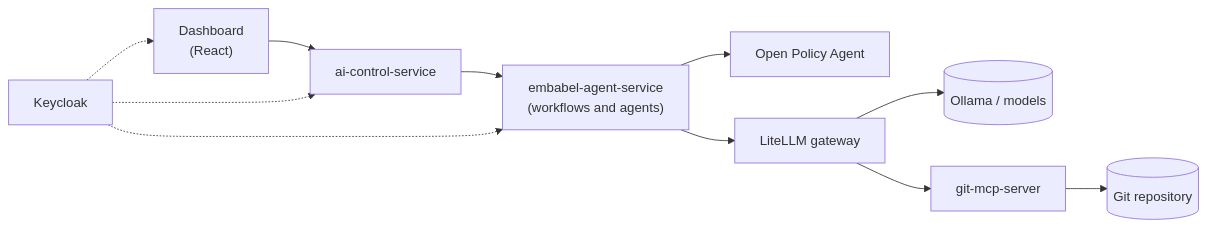
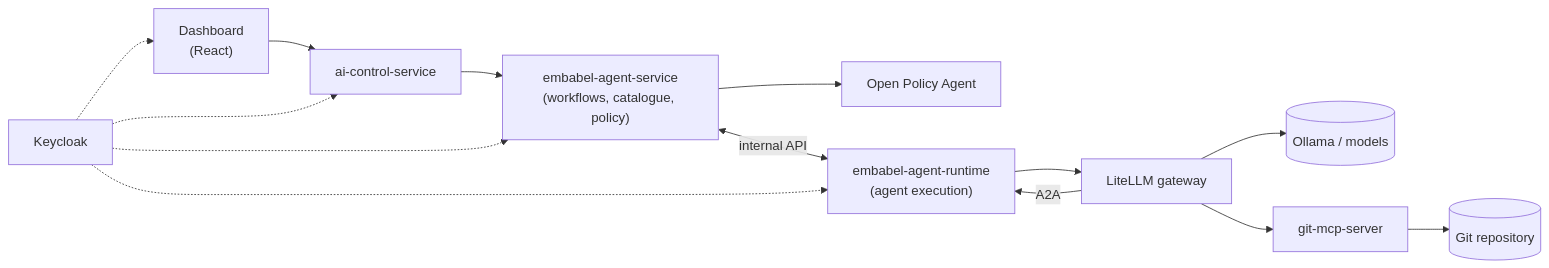
One commit to OpenJCockpit/OpenJCockpit changed the second of 2 diagrams in README.md. Above: the diagram before and after it, drawn with Mermaid. The commit also changed other lines of this file and 376 other files, not shown here.

Commit message:
feat: Moved embabel agent runtime to its own package which is an architectural improvement.

````diff
--- a/README.md
+++ b/README.md
@@ -143,11 +143,13 @@
 ```mermaid
 flowchart LR
     D["Dashboard<br/>(React)"] --> AC["ai-control-service"]
-    AC --> EA["embabel-agent-service<br/>(workflows and agents)"]
+    AC --> EA["embabel-agent-service<br/>(workflows, catalogue, policy)"]
     EA --> OPA["Open Policy Agent"]
-    EA --> L["LiteLLM gateway"]
+    EA <-- "internal API" --> RT["embabel-agent-runtime<br/>(agent execution)"]
+    RT --> L["LiteLLM gateway"]
+    L -- "A2A" --> RT
     L --> M[("Ollama / models")]
     L --> G["git-mcp-server"]
     G --> R[("Git repository")]
-    K["Keycloak"] -.-> D & AC & EA
+    K["Keycloak"] -.-> D & AC & EA & RT
 ```
````
